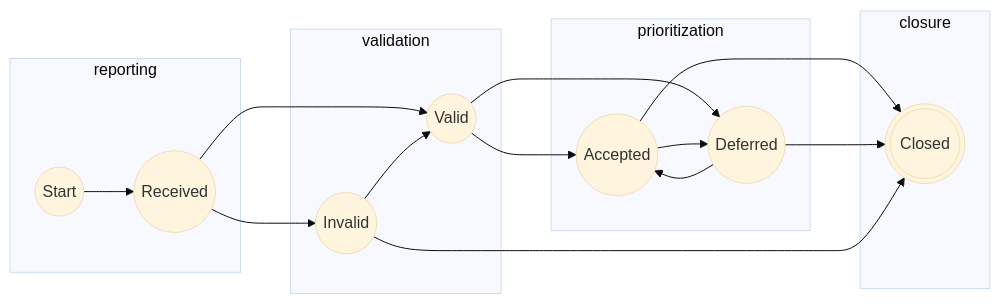
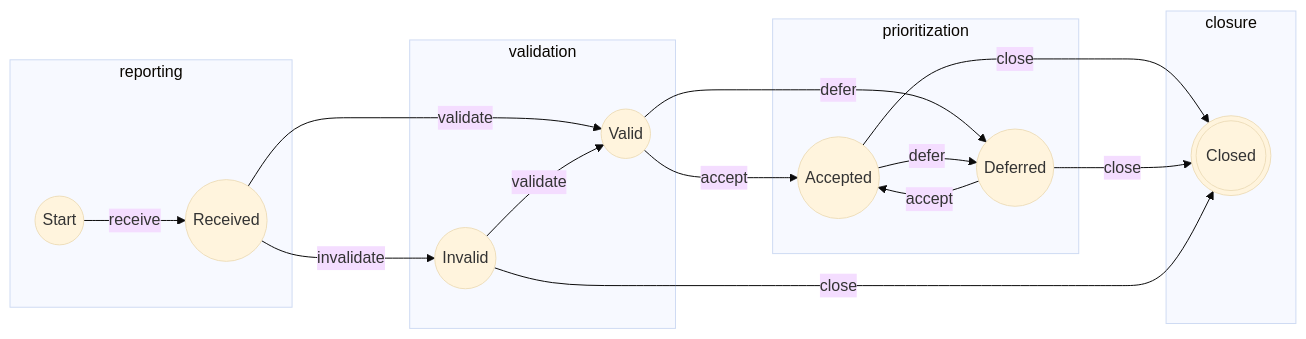
Before and after one commit to CERTCC/Vultron: the first of 10 diagrams in docs/process_models/report_management.md, drawn with Mermaid (base theme).

Commit message:
add transition names to arrows

````diff
--- a/docs/process_models/report_management.md
+++ b/docs/process_models/report_management.md
@@ -48,30 +48,30 @@
 ```mermaid
 flowchart LR
     subgraph reporting
         S((Start))
         R((Received))
     end
     subgraph validation
         I((Invalid))
         V((Valid))
     end
     subgraph prioritization
         D((Deferred))
         A((Accepted))
     end
     subgraph closure
         C(((Closed)))
     end
     
-    S --> R
-    R --> I
-    R --> V
-    V --> A
-    A --> C
-    I --> V
-    V --> D
-    A --> D
-    D --> A
-    D --> C
-    I --> C
+    S -->|receive| R
+    R -->|invalidate| I
+    R -->|validate| V
+    V -->|accept| A
+    A -->|close| C
+    I -->|validate| V
+    V -->|defer| D
+    A -->|defer| D
+    D -->|accept| A
+    D -->|close| C
+    I -->|close| C
 ```
````
